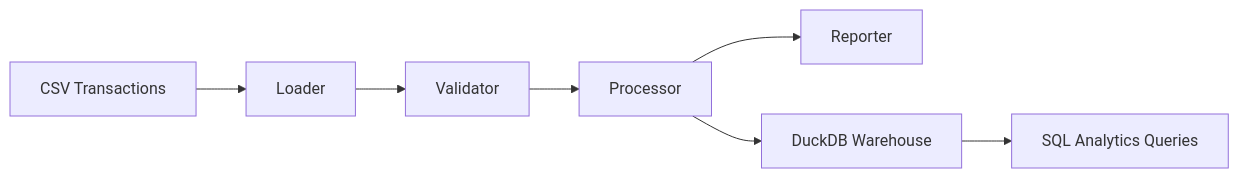
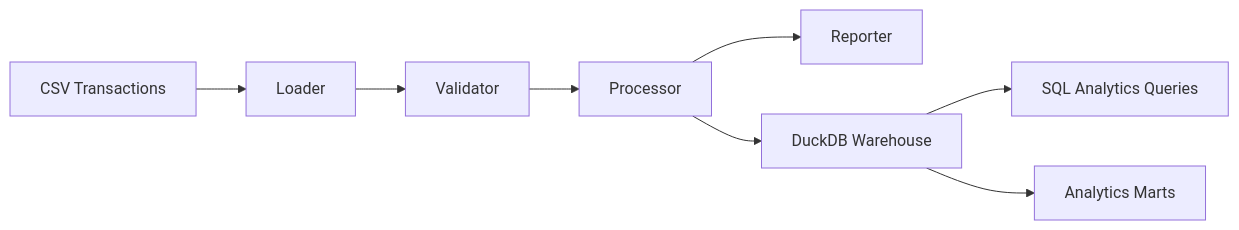
One commit to arza1uz/lexian-transaction-engine changed the diagram in README.md. Above: the diagram before and after it, drawn with Mermaid. The commit also changed other lines of this file and 16 other files, not shown here.

````diff
--- a/README.md
+++ b/README.md
@@ -42,9 +50,10 @@
 ```mermaid
 flowchart LR
     A[CSV Transactions] --> B[Loader]
     B --> C[Validator]
     C --> D[Processor]
     D --> E[Reporter]
     D --> F[DuckDB Warehouse]
     F --> G[SQL Analytics Queries]
+    F --> H[Analytics Marts]
 ```
````
